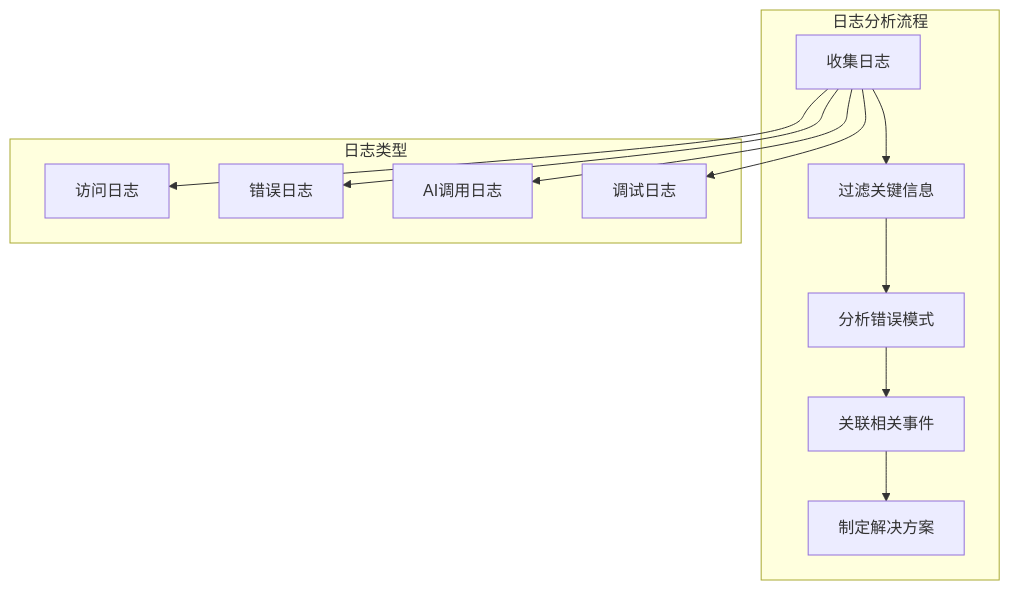
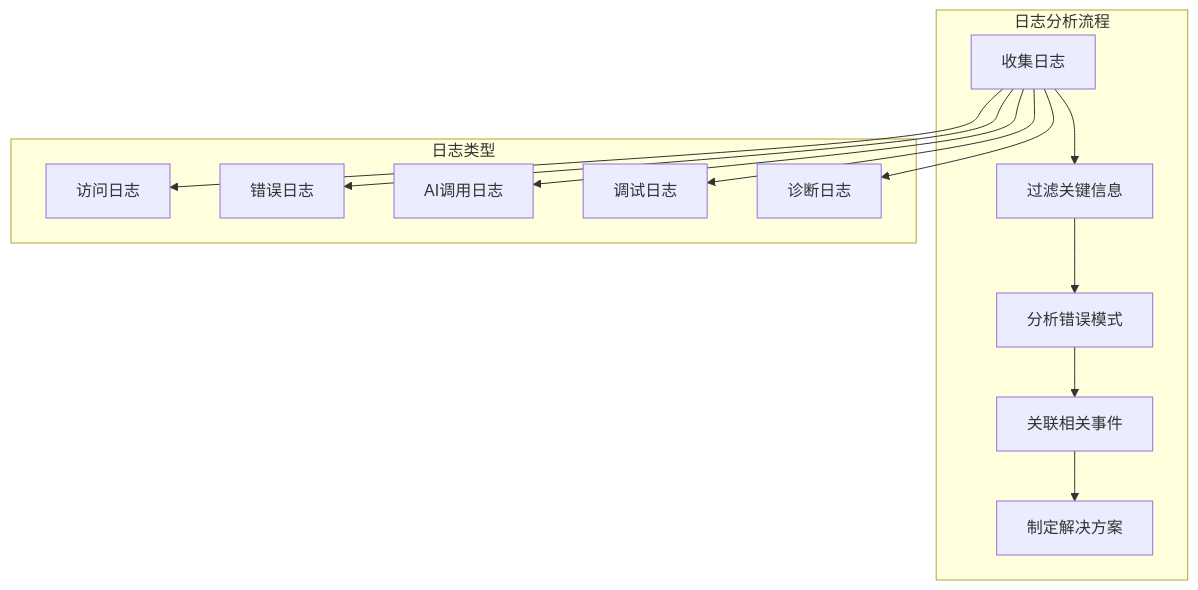
Diagram 14 of 14 in .qoder/repowiki/zh/content/后端开发指南/AI分析流程诊断脚本.md (breeze-lyf/ai-stock-advisor), drawn with Mermaid before and after one commit. The commit also changed other lines of this file and 11 other files, not shown here.

````diff
--- a/.qoder/repowiki/zh/content/后端开发指南/AI分析流程诊断脚本.md
+++ b/.qoder/repowiki/zh/content/后端开发指南/AI分析流程诊断脚本.md
@@ -457,19 +684,21 @@
 ```mermaid
 graph TD
 subgraph "日志分析流程"
 Collect[收集日志] --> Filter[过滤关键信息]
 Filter --> Analyze[分析错误模式]
 Analyze --> Correlate[关联相关事件]
 Correlate --> Resolve[制定解决方案]
 end
 subgraph "日志类型"
 Access[访问日志]
 Error[错误日志]
 AI[AI调用日志]
 Debug[调试日志]
+Diagnostics[诊断日志]
 end
 Collect --> Access
 Collect --> Error
 Collect --> AI
 Collect --> Debug
+Collect --> Diagnostics
 ```
````
